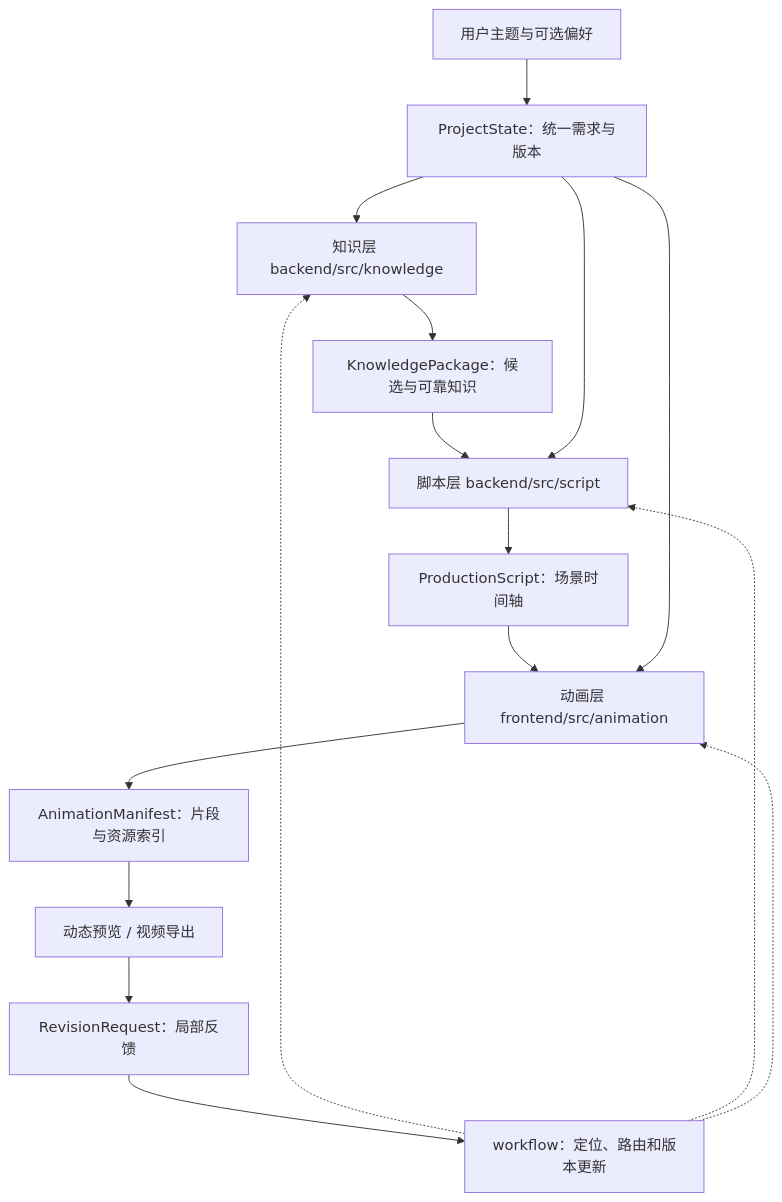
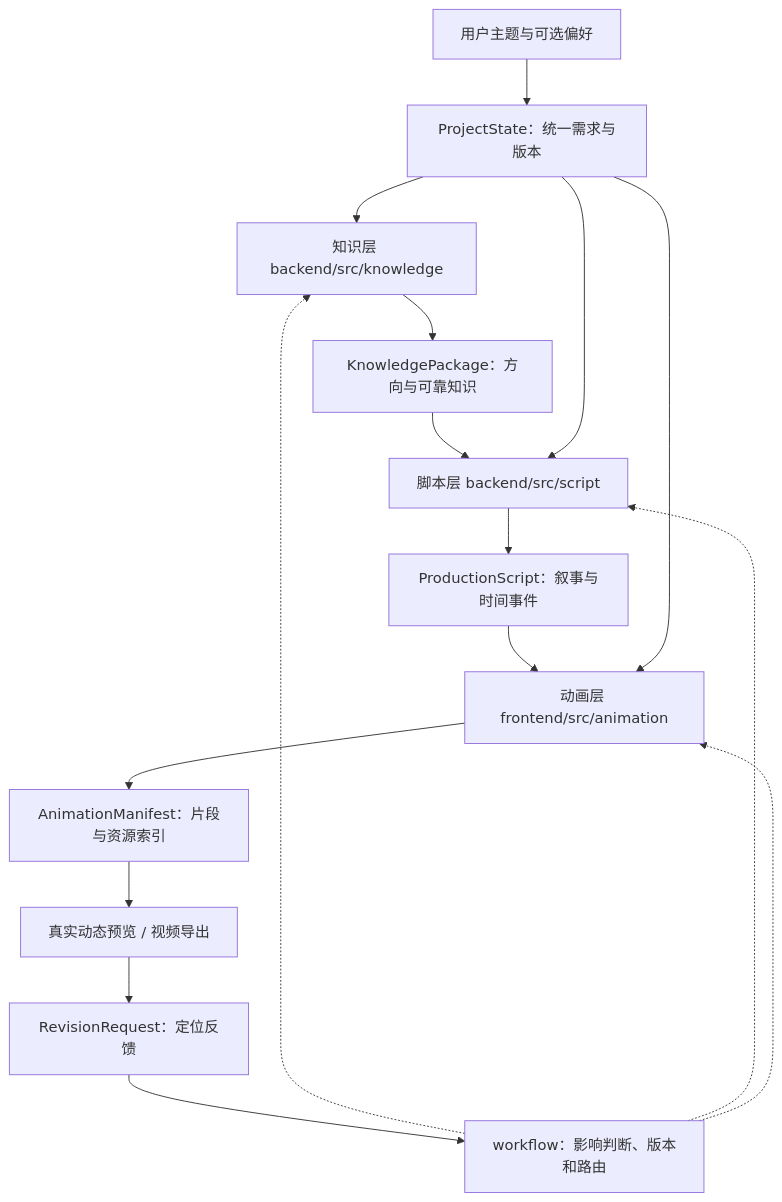
One commit to LIZZYGREAT/knowledge-show changed the first of 2 diagrams in docs/work/architecture.md. Above: the diagram before and after it, drawn with Mermaid. The commit also changed other lines of this file and 3 other files, not shown here.

Commit message:
docs: expand knowledge workflow and architecture guidance

````diff
--- a/docs/work/architecture.md
+++ b/docs/work/architecture.md
@@ -7,18 +7,18 @@
 ```mermaid
 flowchart TB
     UI[用户主题与可选偏好] --> State[ProjectState：统一需求与版本]
     State --> K[知识层 backend/src/knowledge]
-    K --> KP[KnowledgePackage：候选与可靠知识]
+    K --> KP[KnowledgePackage：方向与可靠知识]
     KP --> S[脚本层 backend/src/script]
     State --> S
-    S --> PS[ProductionScript：场景时间轴]
+    S --> PS[ProductionScript：叙事与时间事件]
     PS --> A[动画层 frontend/src/animation]
     State --> A
     A --> AM[AnimationManifest：片段与资源索引]
-    AM --> Preview[动态预览 / 视频导出]
-    Preview --> Rev[RevisionRequest：局部反馈]
-    Rev --> W[workflow：定位、路由和版本更新]
+    AM --> Preview[真实动态预览 / 视频导出]
+    Preview --> Rev[RevisionRequest：定位反馈]
+    Rev --> W[workflow：影响判断、版本和路由]
     W -.-> K
     W -.-> S
     W -.-> A
 ```
````
